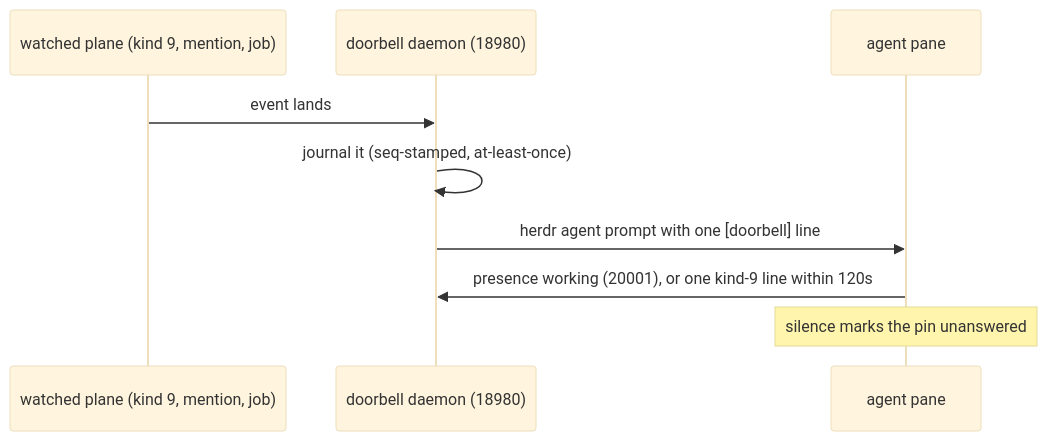
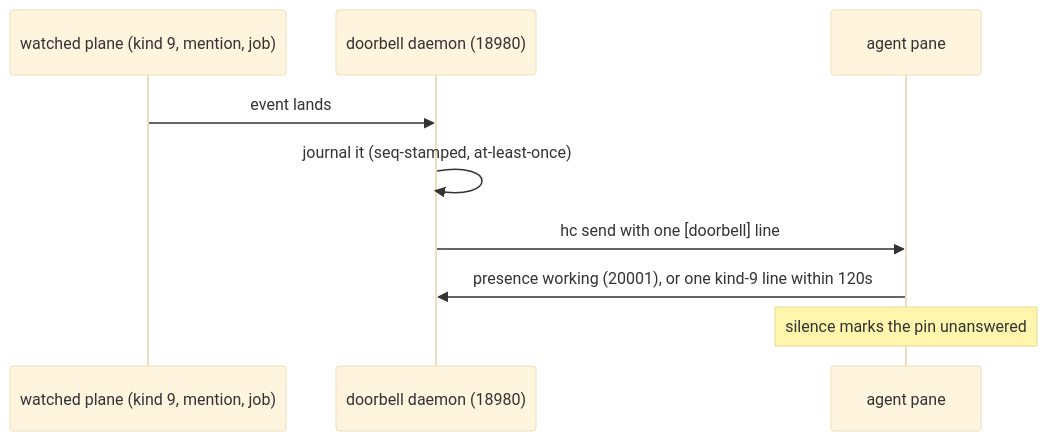
One commit to bangedorrunt/flywheel changed the diagram in docs/guides/doorbell.mdx. Above: the diagram before and after it, drawn with Mermaid (base theme). The commit also changed other lines of this file and 17 other files, not shown here.

````diff
--- a/docs/guides/doorbell.mdx
+++ b/docs/guides/doorbell.mdx
@@ -8,11 +8,11 @@
 ```mermaid
 sequenceDiagram
     participant W as watched plane (kind 9, mention, job)
     participant DB as doorbell daemon (18980)
     participant A as agent pane
     W->>DB: event lands
     DB->>DB: journal it (seq-stamped, at-least-once)
-    DB->>A: herdr agent prompt with one [doorbell] line
+    DB->>A: hc send with one [doorbell] line
     A->>DB: presence working (20001), or one kind-9 line within 120s
     Note over A: silence marks the pin unanswered
 ```
````
